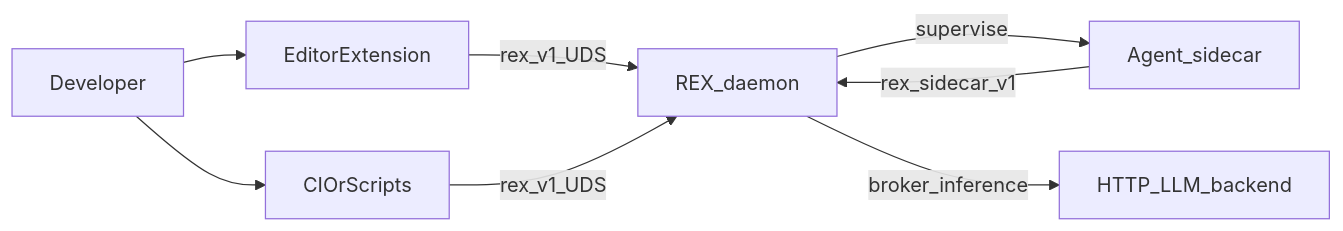
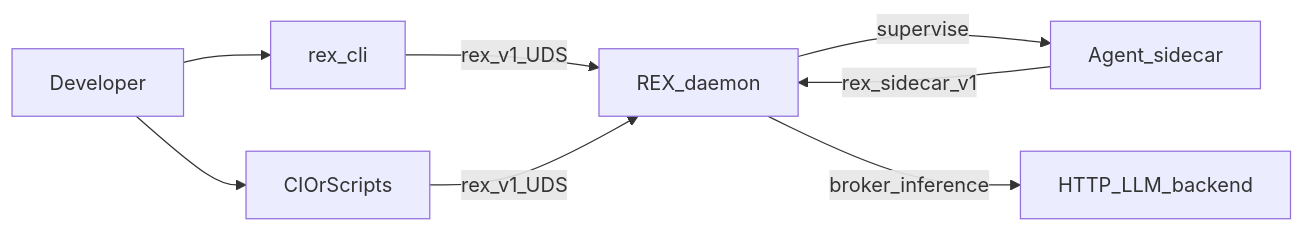
One commit to thsfranca/rex changed the first of 3 diagrams in docs/ARCHITECTURE.md. Above: the diagram before and after it, drawn with Mermaid. The commit also changed other lines of this file and 218 other files, not shown here.

First line of the commit message:
chore: remove vscode extension from rex (#333)

````diff
--- a/docs/ARCHITECTURE.md
+++ b/docs/ARCHITECTURE.md
@@ -46,16 +46,16 @@
 ```mermaid
 flowchart LR
-  dev[Developer]
-  ide[EditorExtension]
-  ci[CIOrScripts]
-  rex[REX_daemon]
-  side[Agent_sidecar]
-  llm[HTTP_LLM_backend]
-  dev --> ide
-  dev --> ci
-  ide -->|"rex_v1_UDS"| rex
-  ci -->|"rex_v1_UDS"| rex
-  rex -->|supervise| side
-  side -->|rex_sidecar_v1| rex
-  rex -->|broker_inference| llm
+ dev[Developer]
+ cli[rex_cli]
+ ci[CIOrScripts]
+ rex[REX_daemon]
+ side[Agent_sidecar]
+ llm[HTTP_LLM_backend]
+ dev --> cli
+ dev --> ci
+ cli -->|"rex_v1_UDS"| rex
+ ci -->|"rex_v1_UDS"| rex
+ rex -->|supervise| side
+ side -->|rex_sidecar_v1| rex
+ rex -->|broker_inference| llm
 ```
````
